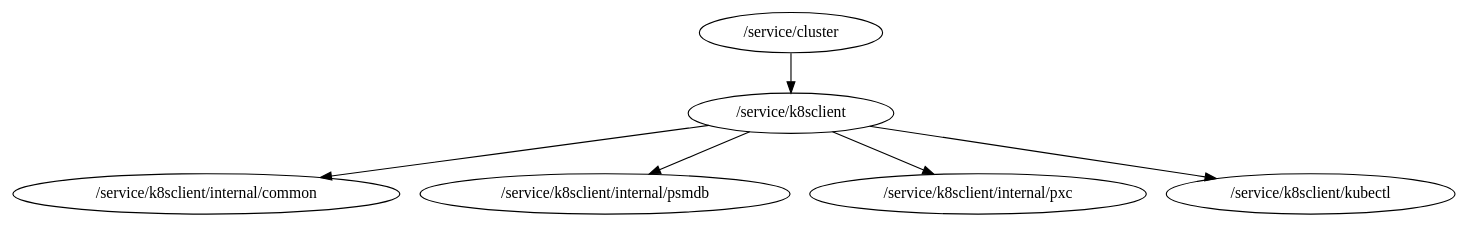
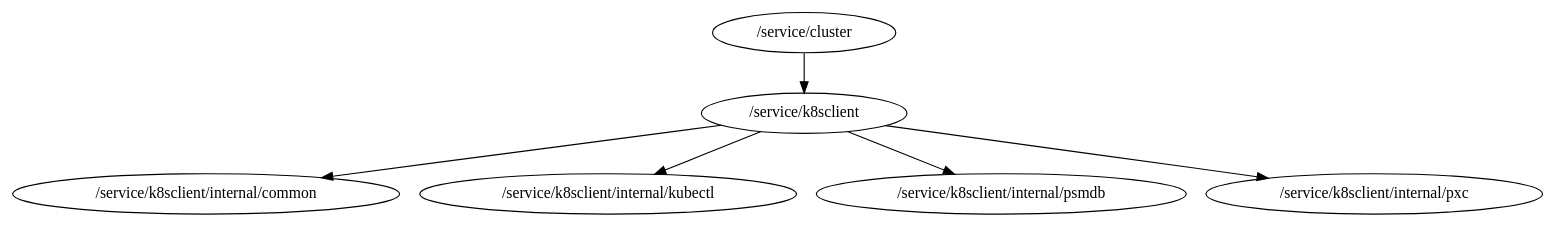
One commit to percona/dbaas-controller changed the diagram in packages.dot. Above: the diagram before and after it, drawn with Graphviz. The commit also changed 9 other files, not shown here.

Commit message:
Move kubectl to the internal package

```diff
--- a/packages.dot
+++ b/packages.dot
@@ -1,7 +1,7 @@
 digraph packages {
 	"/service/cluster" -> "/service/k8sclient";
 	"/service/k8sclient" -> "/service/k8sclient/internal/common";
+	"/service/k8sclient" -> "/service/k8sclient/internal/kubectl";
 	"/service/k8sclient" -> "/service/k8sclient/internal/psmdb";
 	"/service/k8sclient" -> "/service/k8sclient/internal/pxc";
-	"/service/k8sclient" -> "/service/k8sclient/kubectl";
 }
```
